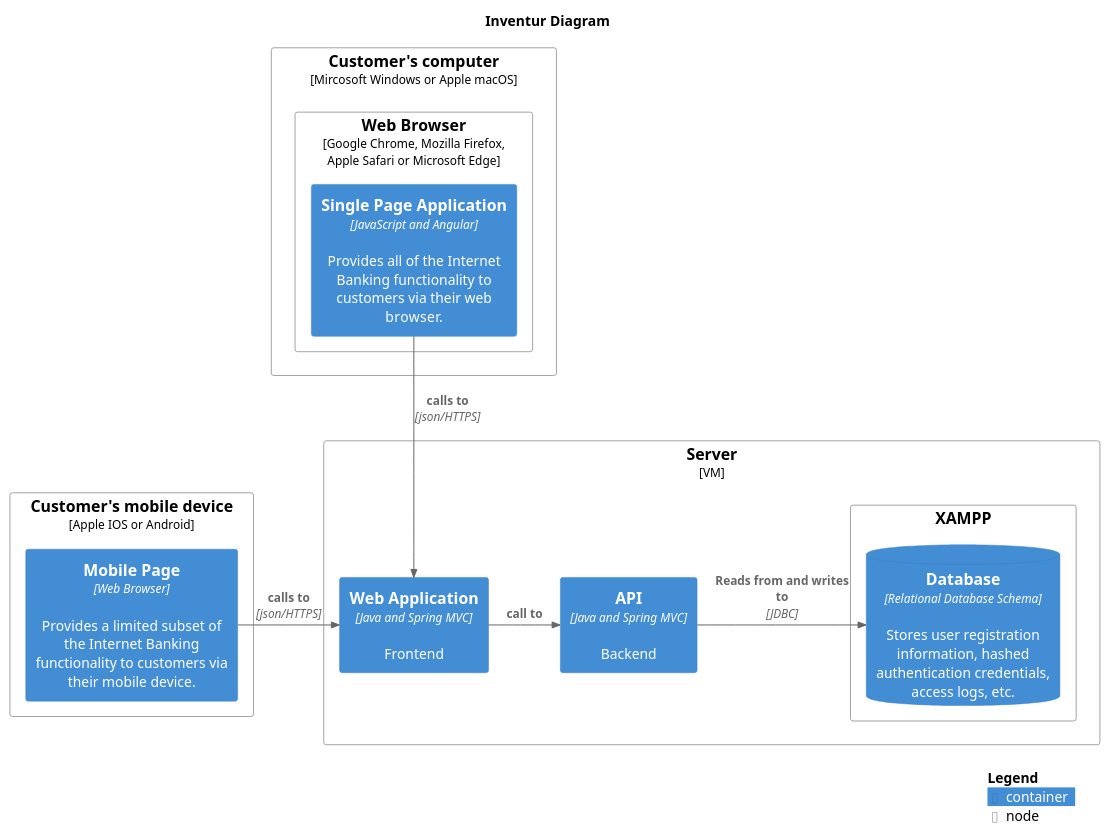
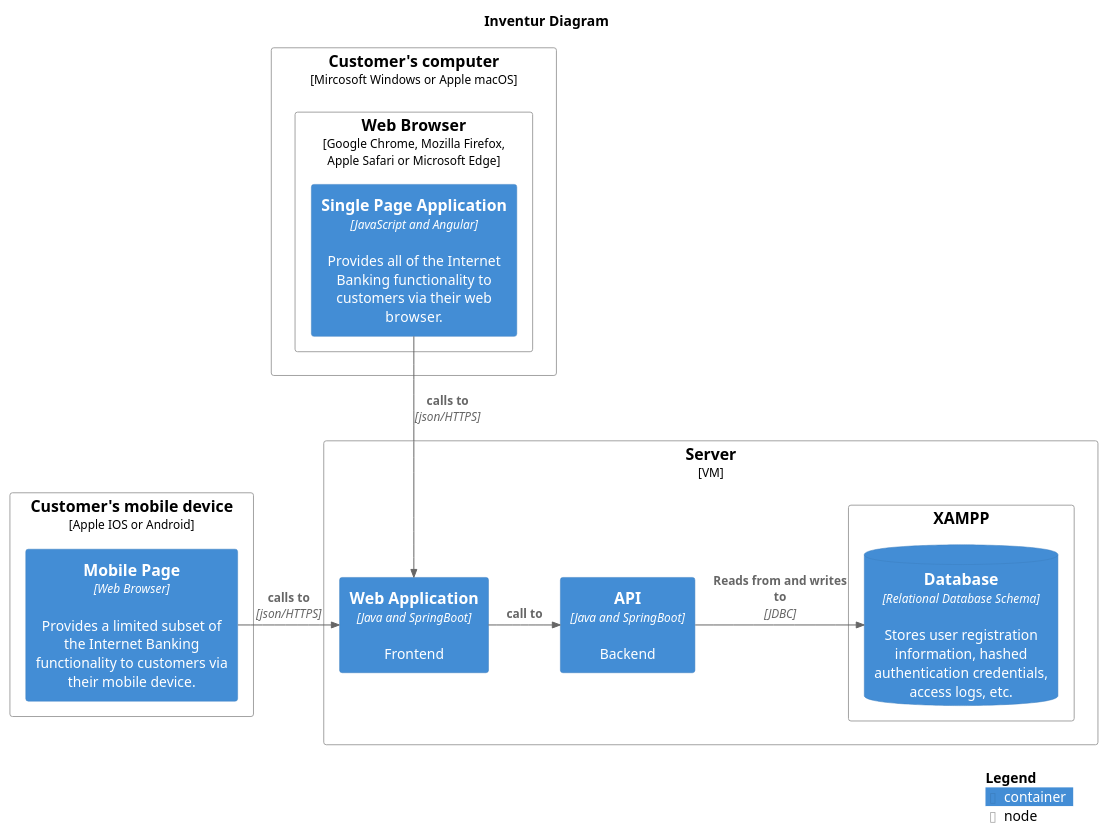
One commit to rundy2/Inventur_Verleih changed the diagram in docs/plantuml/c4-diagram.puml. Above: the diagram before and after it, drawn with PlantUML. The commit also changed 2 other files, not shown here.

```diff
--- a/docs/plantuml/c4-diagram.puml
+++ b/docs/plantuml/c4-diagram.puml
@@ -1,38 +1,38 @@
 @startuml c4-diagram
 ' source: https://github.com/plantuml-stdlib/C4-PlantUML
 ' C4 Model
 !include <c4/C4_Deployment.puml>
 ' !include https://raw.githubusercontent.com/plantuml-stdlib/C4-PlantUML/master/C4_Deployment.puml
 
 title Inventur Diagram
 
 Deployment_Node(plc, "Server", "VM"){
-    Container(web2, "Web Application", "Java and Spring MVC", "Frontend")
-    Container(api, "API", "Java and Spring MVC", "Backend")
+    Container(web2, "Web Application", "Java and SpringBoot", "Frontend")
+    Container(api, "API", "Java and SpringBoot", "Backend")
     Deployment_Node(XAMPP, "XAMPP"){
         ContainerDb(db, "Database", "Relational Database Schema", "Stores user registration information, hashed authentication credentials, access logs, etc.")
     }
 }
 
 Deployment_Node(comp, "Customer's computer", "Mircosoft Windows or Apple macOS"){
     Deployment_Node(browser, "Web Browser", "Google Chrome, Mozilla Firefox, Apple Safari or Microsoft Edge"){
         Container(spa, "Single Page Application", "JavaScript and Angular", "Provides all of the Internet Banking functionality to customers via their web browser.")
     }
 }
 
 Deployment_Node(mob, "Customer's mobile device", "Apple IOS or Android"){
     Container(mobile, "Mobile Page", "Web Browser", "Provides a limited subset of the Internet Banking functionality to customers via their mobile device.")
 }
 
 
 Rel(spa, web2, "calls to", "json/HTTPS")
 Rel_R(mobile, web2, "calls to", "json/HTTPS")
 Rel_R(web2,api,"call to",)
 Rel_R(api, db, "Reads from and writes to", "JDBC")
 
 
 ' Use complete legend
 'LAYOUT_WITH_LEGEND()
 ' calculated legend, only show used items
 SHOW_LEGEND()
 @enduml
```
